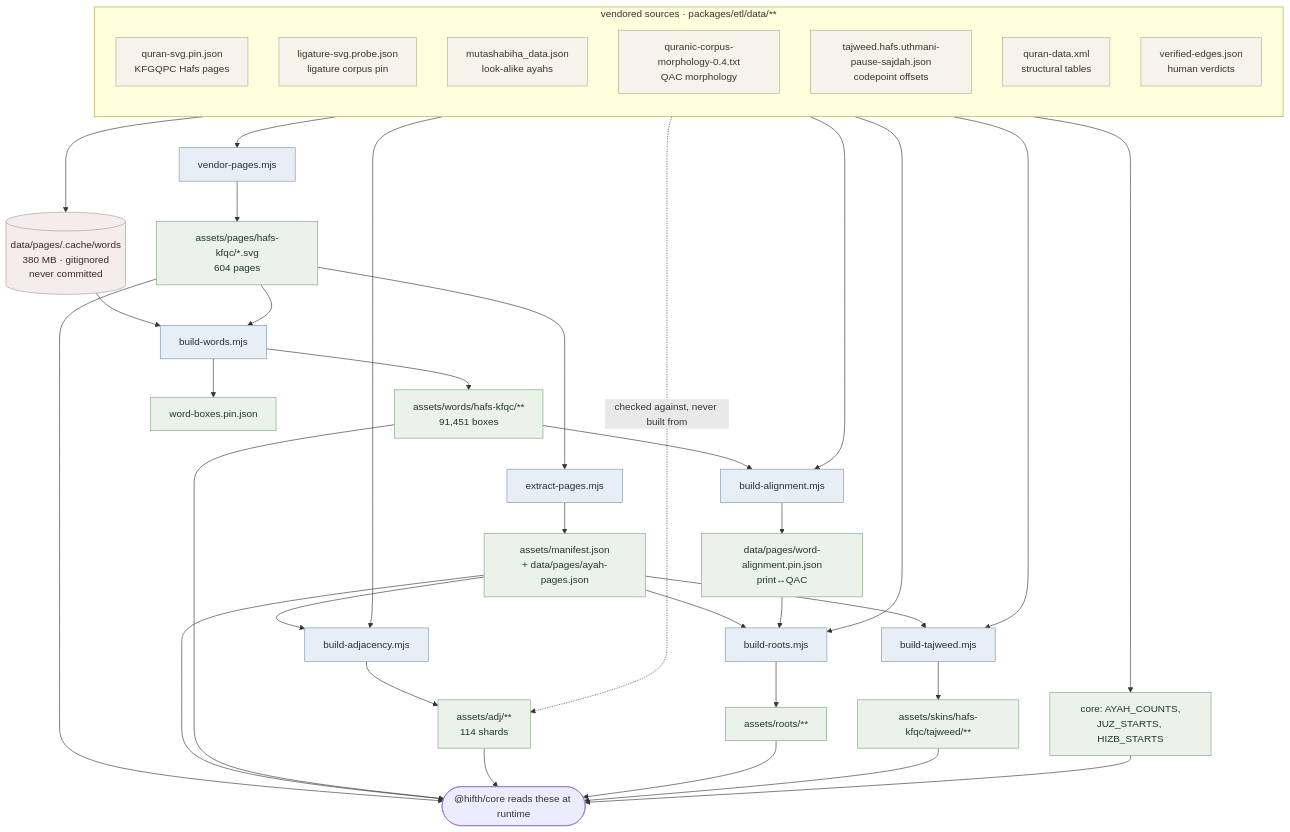
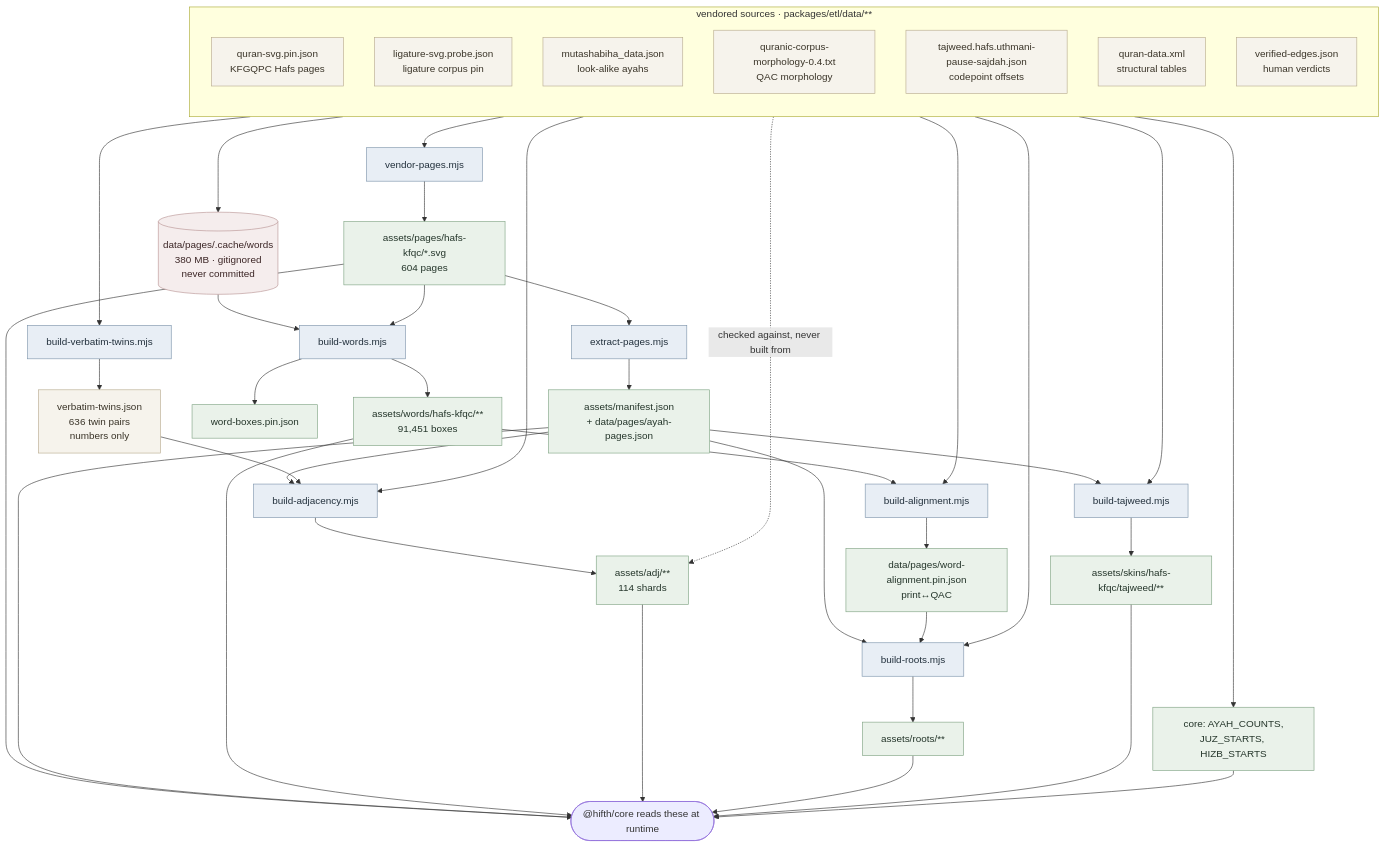
Before and after one commit to omars-lab/hifth: the first of 5 diagrams in docs/design/etl-pipeline.md, drawn with Mermaid. The commit also changed other lines of this file and 61 other files, not shown here.

````diff
--- a/docs/design/etl-pipeline.md
+++ b/docs/design/etl-pipeline.md
@@ -36,62 +36,63 @@
 ```mermaid
 flowchart TB
   classDef src fill:#f6f3ec,stroke:#b8ab8f,color:#3a3428
   classDef script fill:#e8eef5,stroke:#7d94ab,color:#22303c
   classDef shard fill:#eaf2ea,stroke:#7fa383,color:#24352a
   classDef cache fill:#f5eded,stroke:#b89393,color:#3c2626
 
   subgraph S["vendored sources · packages/etl/data/**"]
     direction TB
     pin_page["quran-svg.pin.json<br/>KFGQPC Hafs pages"]:::src
     pin_lig["ligature-svg.probe.json<br/>ligature corpus pin"]:::src
     mut["mutashabiha_data.json<br/>look-alike ayahs"]:::src
     morph["quranic-corpus-morphology-0.4.txt<br/>QAC morphology"]:::src
     taj["tajweed.hafs.uthmani-pause-sajdah.json<br/>codepoint offsets"]:::src
     meta["quran-data.xml<br/>structural tables"]:::src
     qa["verified-edges.json<br/>human verdicts"]:::src
   end
 
   cache[("data/pages/.cache/words<br/>380 MB · gitignored<br/>never committed")]:::cache
 
   vend["vendor-pages.mjs"]:::script
   extr["extract-pages.mjs"]:::script
   bw["build-words.mjs"]:::script
   ba["build-alignment.mjs"]:::script
   badj["build-adjacency.mjs"]:::script
   br["build-roots.mjs"]:::script
   bt["build-tajweed.mjs"]:::script
 
   pages["assets/pages/hafs-kfqc/*.svg<br/>604 pages"]:::shard
   man["assets/manifest.json<br/>+ data/pages/ayah-pages.json"]:::shard
   words["assets/words/hafs-kfqc/**<br/>91,451 boxes"]:::shard
   align["data/pages/word-alignment.pin.json<br/>print↔QAC"]:::shard
   adj["assets/adj/**<br/>114 shards"]:::shard
   roots["assets/roots/**"]:::shard
   skins["assets/skins/hafs-kfqc/tajweed/**"]:::shard
 
   app(["@hifth/core reads these at runtime"])
 
   pin_page --> vend --> pages --> extr --> man
   pin_lig --> cache --> bw
   pages --> bw --> words
   bw --> pinw["word-boxes.pin.json"]:::shard
   morph --> ba --> align
   words --> ba
   mut --> badj --> adj
   man --> badj
+  morph --> bvt["build-verbatim-twins.mjs"]:::script --> vtwin["verbatim-twins.json<br/>636 twin pairs<br/>numbers only"]:::src --> badj
   man --> br
   morph --> br --> roots
   align --> br
   taj --> bt --> skins
   man --> bt
   meta --> qm["core: AYAH_COUNTS,<br/>JUZ_STARTS, HIZB_STARTS"]:::shard
   qa -.->|"checked against, never built from"| adj
 
   pages --> app
   man --> app
   words --> app
   adj --> app
   roots --> app
   skins --> app
   qm --> app
 ```
````
